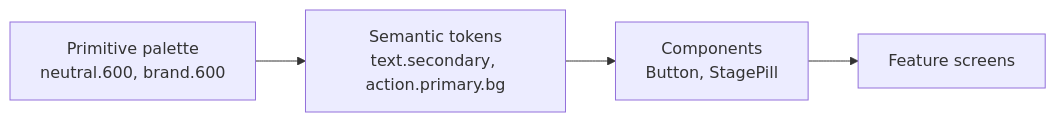
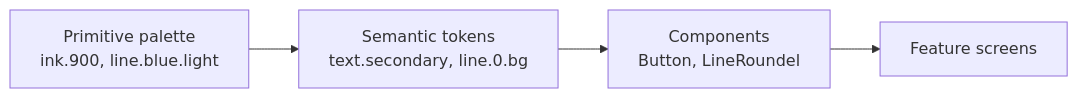
Before and after one commit to kristinadarroch/application-tracker: the diagram in docs/design-system.md, drawn with Mermaid. The commit also changed other lines of this file and 96 other files, not shown here.

````diff
--- a/docs/design-system.md
+++ b/docs/design-system.md
@@ -43,6 +64,6 @@
 ```mermaid
 flowchart LR
-  P[Primitive palette<br/>neutral.600, brand.600] --> S[Semantic tokens<br/>text.secondary, action.primary.bg]
-  S --> C[Components<br/>Button, StagePill]
+  P[Primitive palette<br/>ink.900, line.blue.light] --> S[Semantic tokens<br/>text.secondary, line.0.bg]
+  S --> C[Components<br/>Button, LineRoundel]
   C --> F[Feature screens]
 ```
````
